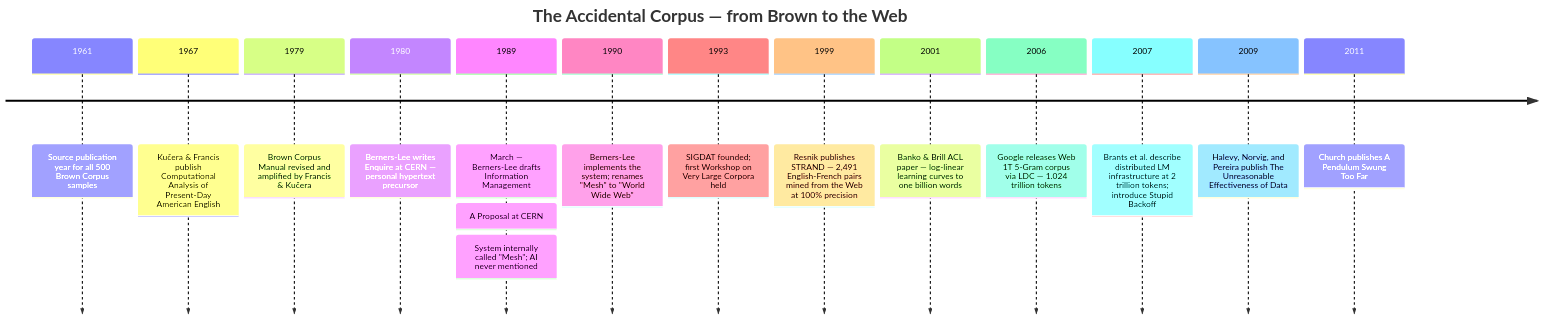
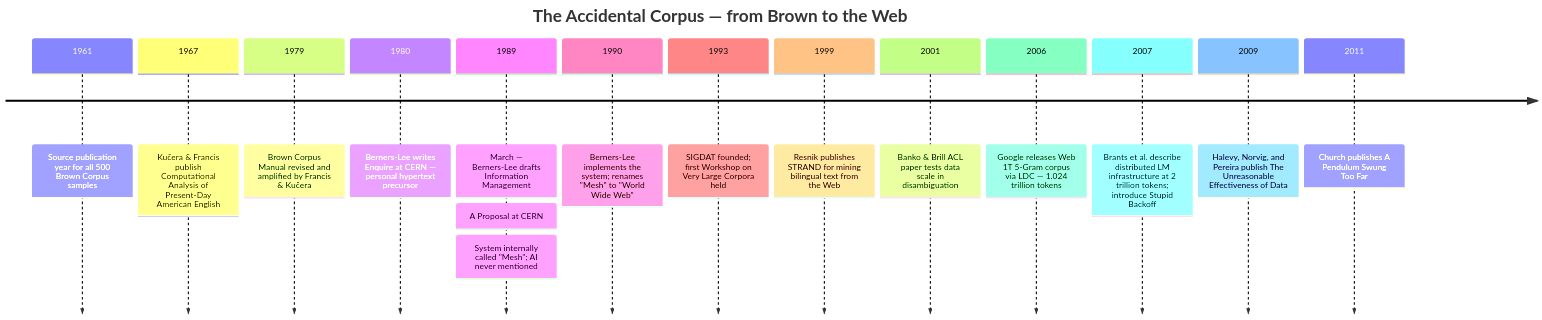
One commit to kube-dojo/kube-dojo changed the diagram in src/content/docs/ai-history/ch-34-the-accidental-corpus.md. Above: the diagram before and after it, drawn with Mermaid. The commit also changed other lines of this file and 2 other files, not shown here.

````diff
--- a/src/content/docs/ai-history/ch-34-the-accidental-corpus.md
+++ b/src/content/docs/ai-history/ch-34-the-accidental-corpus.md
@@ -29,17 +29,17 @@
 ```mermaid
 timeline
     title The Accidental Corpus — from Brown to the Web
     1961 : Source publication year for all 500 Brown Corpus samples
     1967 : Kučera & Francis publish Computational Analysis of Present-Day American English
     1979 : Brown Corpus Manual revised and amplified by Francis & Kučera
     1980 : Berners-Lee writes Enquire at CERN — personal hypertext precursor
     1989 : March — Berners-Lee drafts Information Management: A Proposal at CERN : System internally called "Mesh"; AI never mentioned
     1990 : Berners-Lee implements the system; renames "Mesh" to "World Wide Web"
     1993 : SIGDAT founded; first Workshop on Very Large Corpora held
-    1999 : Resnik publishes STRAND — 2,491 English-French pairs mined from the Web at 100% precision
-    2001 : Banko & Brill ACL paper — log-linear learning curves to one billion words
+    1999 : Resnik publishes STRAND for mining bilingual text from the Web
+    2001 : Banko & Brill ACL paper tests data scale in disambiguation
     2006 : Google releases Web 1T 5-Gram corpus via LDC — 1.024 trillion tokens
     2007 : Brants et al. describe distributed LM infrastructure at 2 trillion tokens; introduce Stupid Backoff
     2009 : Halevy, Norvig, and Pereira publish The Unreasonable Effectiveness of Data
     2011 : Church publishes A Pendulum Swung Too Far
 ```
````
